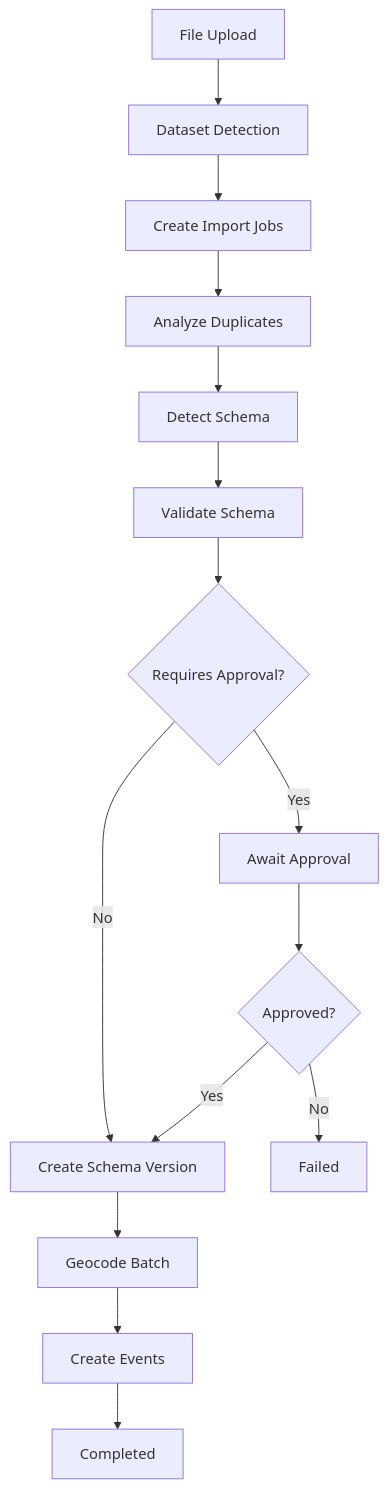
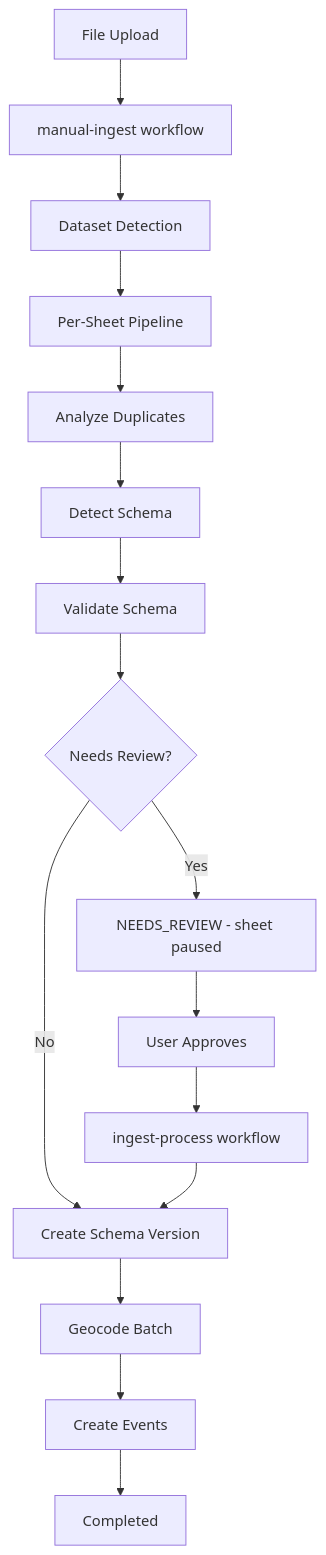
Before and after one commit to jfilter/timetiles: the diagram in apps/docs/content/developer-guide/architecture/data-processing-pipeline/index.mdx, drawn with Mermaid. The commit also changed other lines of this file and 7 other files, not shown here.

First line of the commit message:
docs(docs): update data processing pipeline docs for workflow migration

````diff
--- a/apps/docs/content/developer-guide/architecture/data-processing-pipeline/index.mdx
+++ b/apps/docs/content/developer-guide/architecture/data-processing-pipeline/index.mdx
@@ -23,17 +23,18 @@
 ```mermaid
 graph TD
-    A[File Upload] --> B[Dataset Detection]
-    B --> C[Create Import Jobs]
-    C --> D[Analyze Duplicates]
-    D --> E[Detect Schema]
-    E --> F[Validate Schema]
-    F --> G{Requires Approval?}
-    G -->|Yes| H[Await Approval]
-    G -->|No| I[Create Schema Version]
-    H --> J{Approved?}
-    J -->|Yes| I
-    J -->|No| K[Failed]
-    I --> L[Geocode Batch]
-    L --> M[Create Events]
-    M --> N[Completed]
+    A[File Upload] --> B[manual-ingest workflow]
+    B --> C[Dataset Detection]
+    C --> D[Per-Sheet Pipeline]
+    D --> E[Analyze Duplicates]
+    E --> F[Detect Schema]
+    F --> G[Validate Schema]
+    G --> H{Needs Review?}
+    H -->|Yes| I[NEEDS_REVIEW - sheet paused]
+    H -->|No| J[Create Schema Version]
+    I --> K[User Approves]
+    K --> L[ingest-process workflow]
+    L --> J
+    J --> M[Geocode Batch]
+    M --> N[Create Events]
+    N --> O[Completed]
 ```
````
